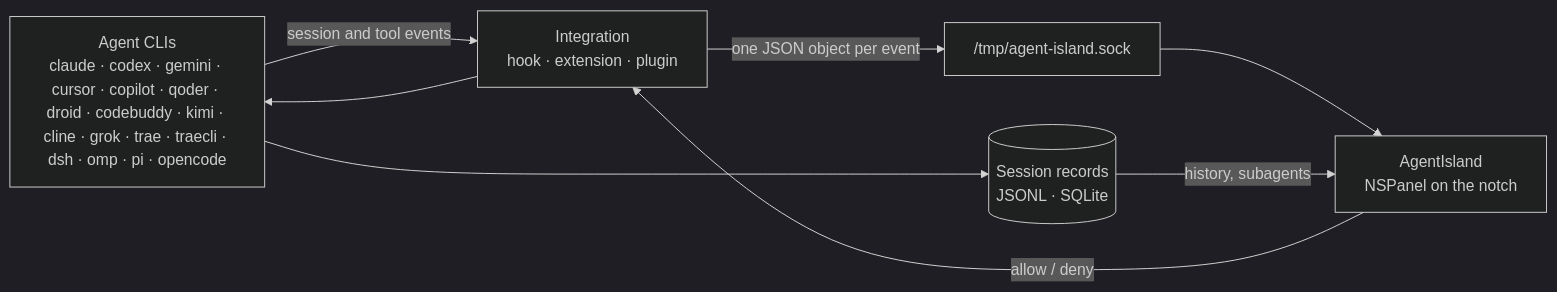
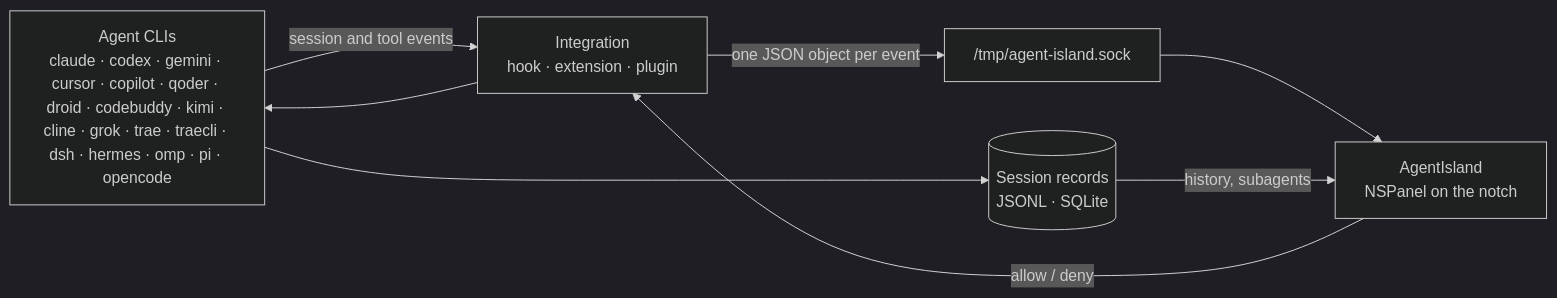
One commit to seehar/agent-island changed the diagram in README.md. Above: the diagram before and after it, drawn with Mermaid (dark theme). The commit also changed other lines of this file and 30 other files, not shown here.

First line of the commit message:
feat: 支持第 18 个 Agent —— Hermes（Nous Research）

````diff
--- a/README.md
+++ b/README.md
@@ -165,16 +169,16 @@
 ```mermaid
 flowchart LR
-  CLI["Agent CLIs<br/>claude · codex · gemini · cursor · copilot · qoder · droid · codebuddy · kimi · cline · grok · trae · traecli · dsh · omp · pi · opencode"]
+  CLI["Agent CLIs<br/>claude · codex · gemini · cursor · copilot · qoder · droid · codebuddy · kimi · cline · grok · trae · traecli · dsh · hermes · omp · pi · opencode"]
   INT["Integration<br/>hook · extension · plugin"]
   SOCK["/tmp/agent-island.sock"]
   APP["AgentIsland<br/>NSPanel on the notch"]
   REC[("Session records<br/>JSONL · SQLite")]
 
   CLI -- "session and tool events" --> INT
   INT -- "one JSON object per event" --> SOCK
   SOCK --> APP
   CLI --> REC
   REC -- "history, subagents" --> APP
   APP -- "allow / deny" --> INT
   INT --> CLI
 ```
````
